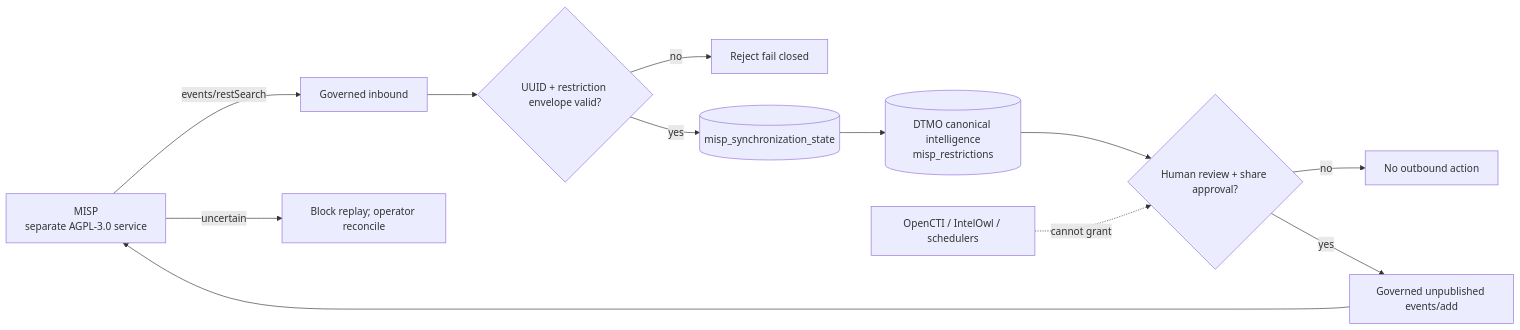
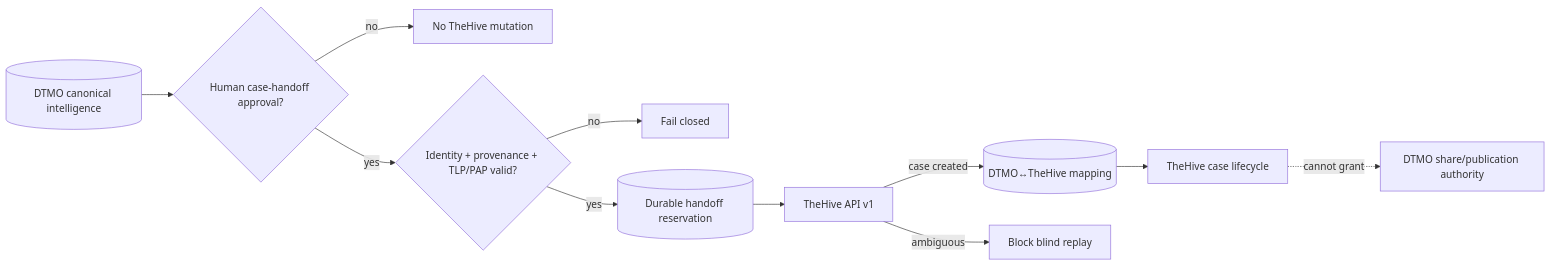
The diagram in docs/README.md (GJvManen/dtmo), drawn with Mermaid before and after one commit. The commit also changed other lines of this file, not shown here.

Commit message:
Advance documentation portal to TheHive contract

````diff
--- a/docs/README.md
+++ b/docs/README.md
@@ -57,14 +53,13 @@
 ```mermaid
 flowchart LR
-    M[MISP\nseparate AGPL-3.0 service] -->|events/restSearch| R[Governed inbound]
-    R --> V{UUID + restriction envelope valid?}
-    V -->|no| X[Reject fail closed]
-    V -->|yes| S[(misp_synchronization_state)]
-    S --> D[(DTMO canonical intelligence\nmisp_restrictions)]
-    D --> H{Human review + share approval?}
-    H -->|no| N[No outbound action]
-    H -->|yes| E[Governed unpublished events/add]
-    E --> M
-    M -->|uncertain| U[Block replay; operator reconcile]
-    O[OpenCTI / IntelOwl / schedulers] -. cannot grant .-> H
+    D[(DTMO canonical intelligence)] --> A{Human case-handoff approval?}
+    A -->|no| N[No TheHive mutation]
+    A -->|yes| V{Identity + provenance + TLP/PAP valid?}
+    V -->|no| X[Fail closed]
+    V -->|yes| R[(Durable handoff reservation)]
+    R --> T[TheHive API v1]
+    T -->|case created| M[(DTMO↔TheHive mapping)]
+    T -->|ambiguous| U[Block blind replay]
+    M --> H[TheHive case lifecycle]
+    H -. cannot grant .-> S[DTMO share/publication authority]
 ```
````
